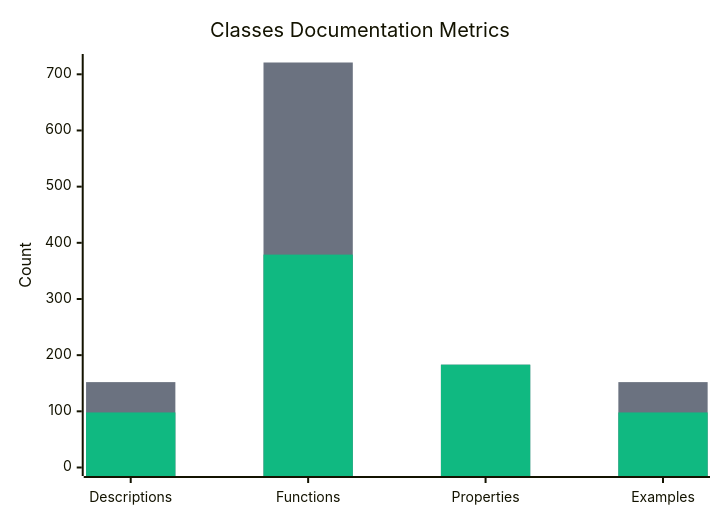
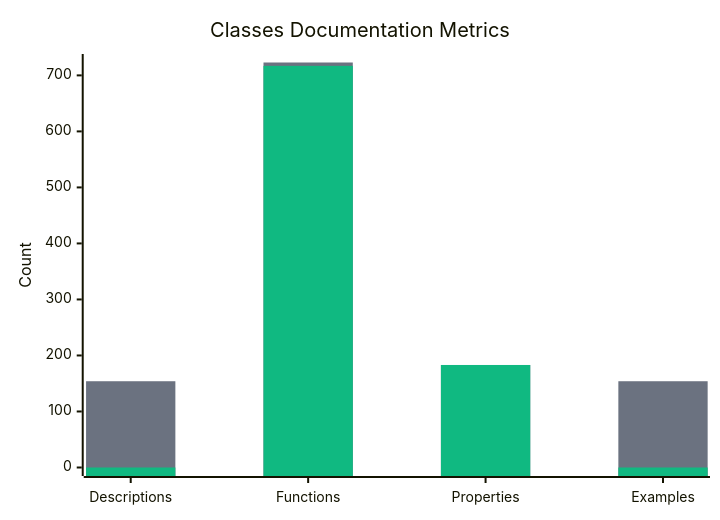
The second of 4 diagrams in Documentation/SynthoTec-4D/Overview.md (synthotec/synthotec.github.io), drawn with Mermaid before and after one commit. The commit also changed other lines of this file, not shown here.

````diff
--- a/Documentation/SynthoTec-4D/Overview.md
+++ b/Documentation/SynthoTec-4D/Overview.md
@@ -30,9 +30,9 @@
 ```mermaid
 %%{init: {'theme':'base', 'themeVariables': {'xyChart': {'backgroundColor': 'transparent', 'plotColorPalette': '#6b7280, #10b981'}}}}%%
 xychart-beta
     title "Classes Documentation Metrics"
     x-axis ["Descriptions", "Functions", "Properties", "Examples"]
-    y-axis "Count" 0 --> 721
-    bar [152, 721, 183, 152]
-    bar [98, 379, 183, 98]
+    y-axis "Count" 0 --> 723
+    bar [154, 723, 183, 154]
+    bar [0, 717, 183, 0]
 ```
````
